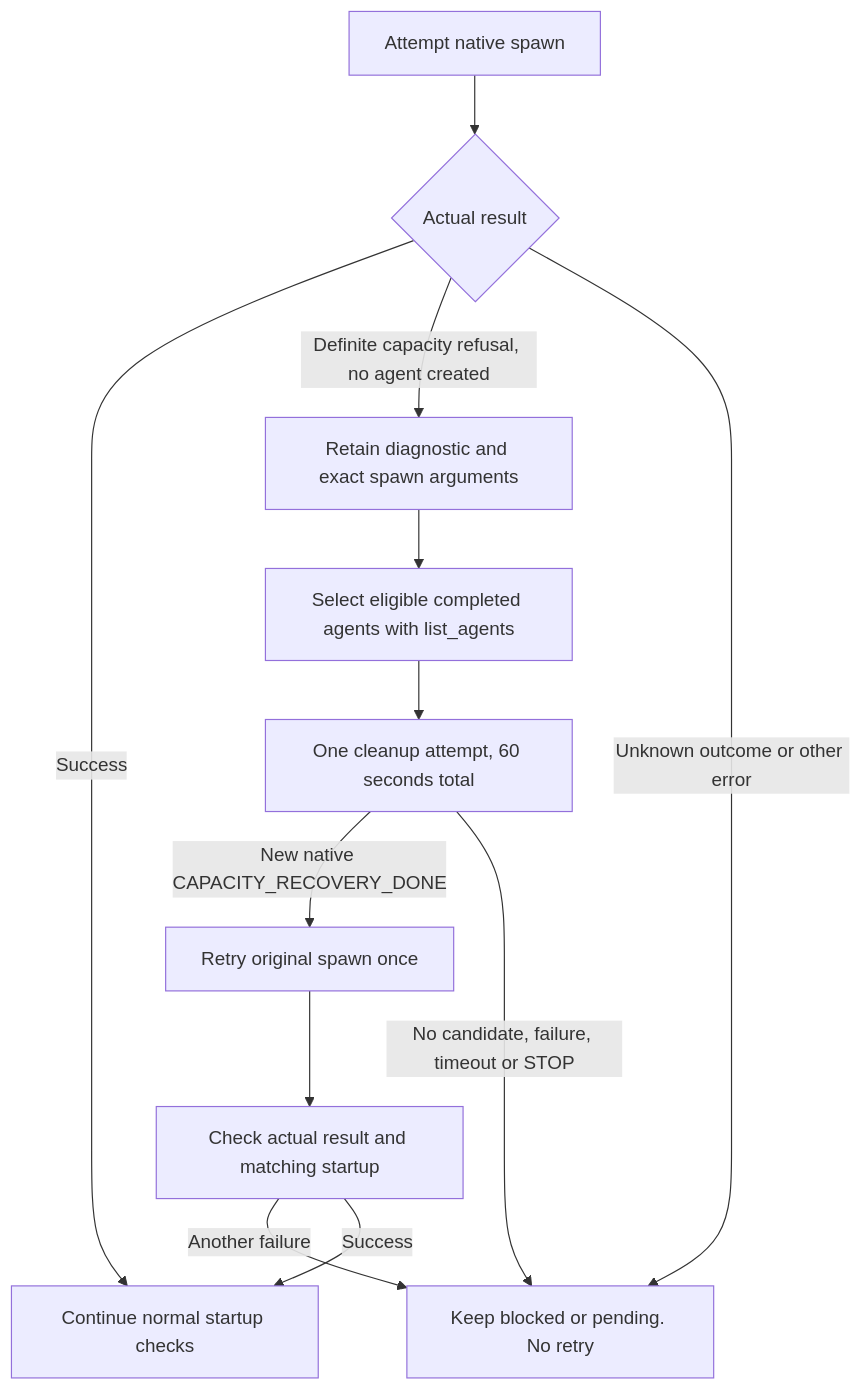
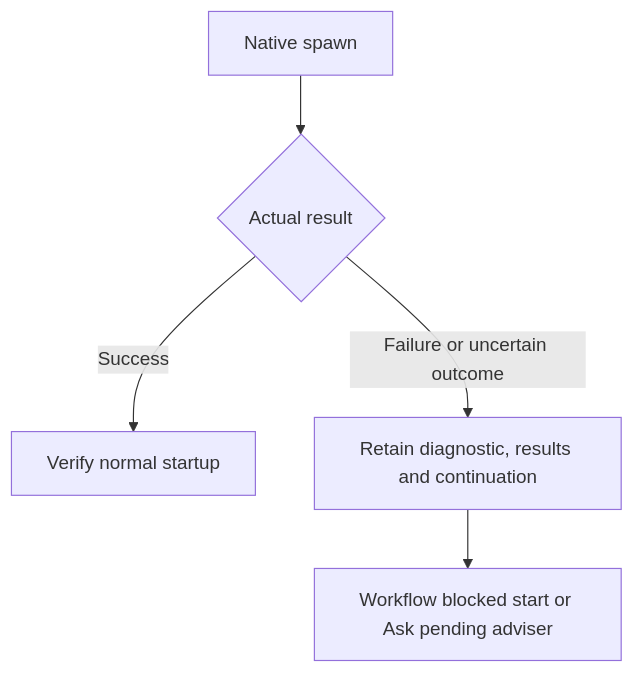
The diagram in development/native-agent-capacity.md (benjaminstelzer/scoville-suite-for-codex), drawn with Mermaid before and after one commit. The commit also changed other lines of this file and 107 other files, not shown here.

````diff
--- a/development/native-agent-capacity.md
+++ b/development/native-agent-capacity.md
@@ -46,14 +22,7 @@
 ```mermaid
 flowchart TD
-    A[Attempt native spawn] --> B{Actual result}
-    B -->|Success| C[Continue normal startup checks]
-    B -->|Definite capacity refusal, no agent created| D[Retain diagnostic and exact spawn arguments]
-    B -->|Unknown outcome or other error| X[Keep blocked or pending. No retry]
-    D --> E[Select eligible completed agents with list_agents]
-    E --> F[One cleanup attempt, 60 seconds total]
-    F -->|New native CAPACITY_RECOVERY_DONE| G[Retry original spawn once]
-    F -->|No candidate, failure, timeout or STOP| X
-    G --> H[Check actual result and matching startup]
-    H -->|Another failure| X
-    H -->|Success| C
+    A[Native spawn] --> B{Actual result}
+    B -->|Success| C[Verify normal startup]
+    B -->|Failure or uncertain outcome| D[Retain diagnostic, results and continuation]
+    D --> E[Workflow blocked start or Ask pending adviser]
 ```
````
